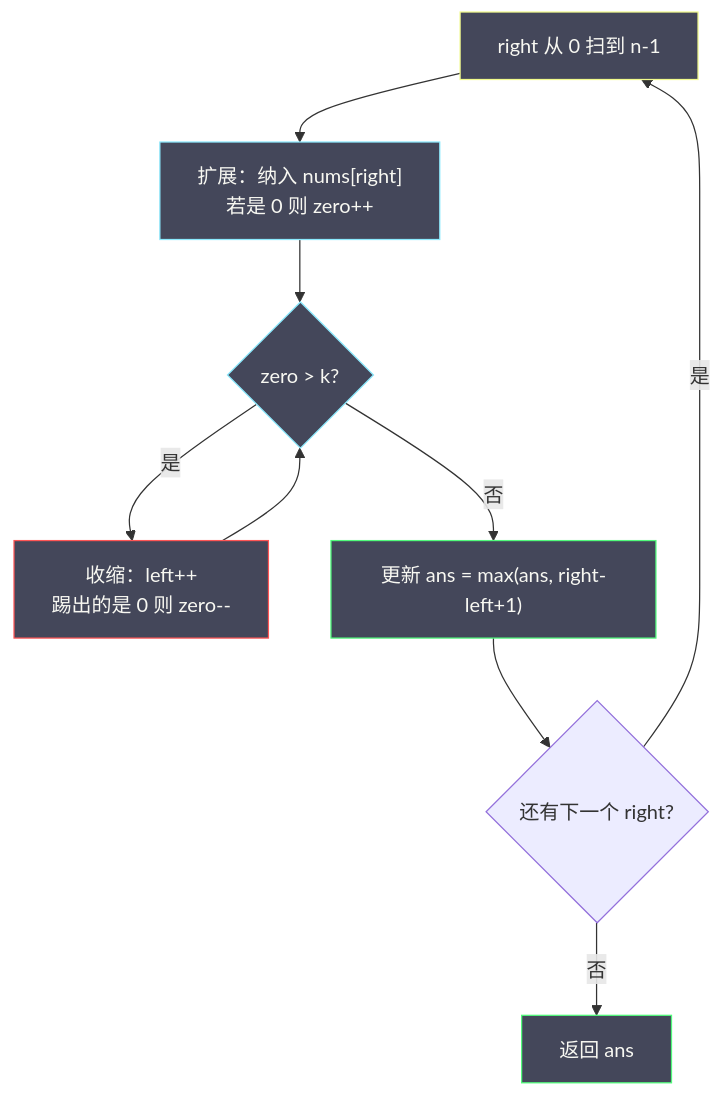
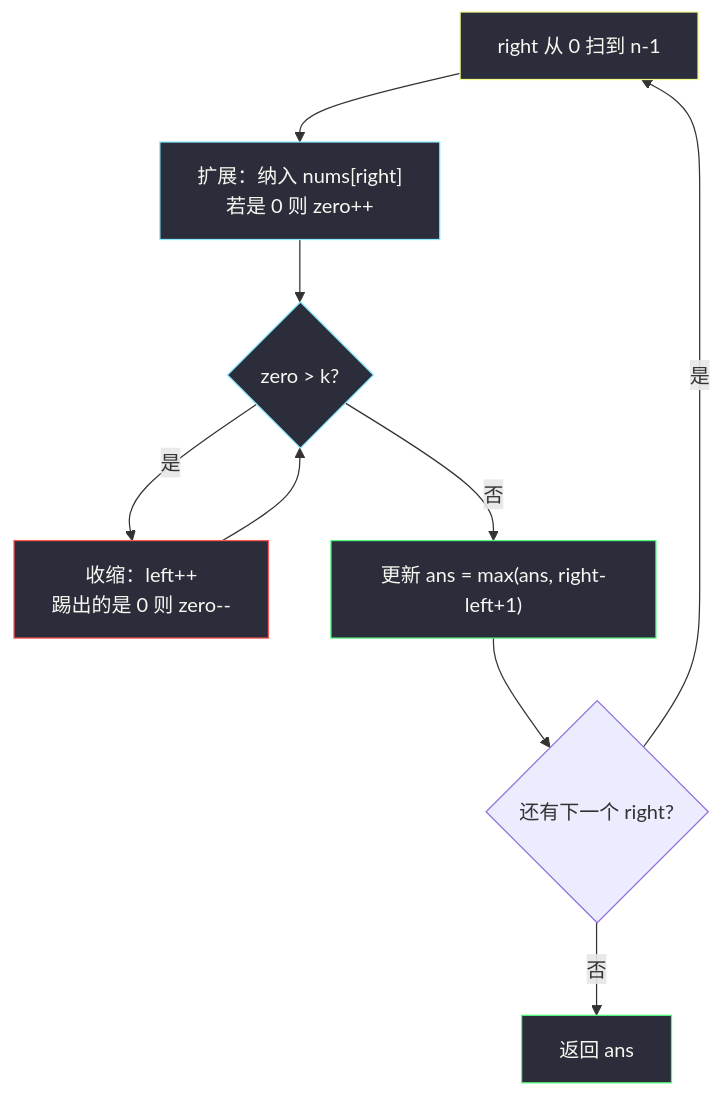
Before and after one commit to socoo123/algorithm_pratices_web: the first of 2 diagrams in solutions/base/max-consecutive-ones-iii.md, drawn with Mermaid. The commit also changed other lines of this file and 10 other files, not shown here.

First line of the commit message:
Fix Mermaid contrast on parchment theme and add #438 solution.

````diff
--- a/solutions/base/max-consecutive-ones-iii.md
+++ b/solutions/base/max-consecutive-ones-iii.md
@@ -77,18 +77,18 @@
 ```mermaid
 flowchart TD
     A["right 从 0 扫到 n-1"] --> B["扩展：纳入 nums[right]<br/>若是 0 则 zero++"]
     B --> C{"zero > k?"}
     C -->|"是"| D["收缩：left++<br/>踢出的是 0 则 zero--"]
     D --> C
     C -->|"否"| E["更新 ans = max(ans, right-left+1)"]
     E --> F{"还有下一个 right?"}
     F -->|"是"| A
     F -->|"否"| G["返回 ans"]
 
-    style A fill:#44475a,stroke:#f1fa8c,color:#f8f8f2
-    style B fill:#44475a,stroke:#8be9fd,color:#f8f8f2
-    style C fill:#44475a,stroke:#8be9fd,color:#f8f8f2
-    style D fill:#44475a,stroke:#ff5555,color:#f8f8f2
-    style E fill:#44475a,stroke:#50fa7b,color:#f8f8f2
-    style G fill:#44475a,stroke:#50fa7b,color:#f8f8f2
+    style A fill:#2b2d3a,stroke:#f1fa8c,color:#f8f8f2
+    style B fill:#2b2d3a,stroke:#8be9fd,color:#f8f8f2
+    style C fill:#2b2d3a,stroke:#8be9fd,color:#f8f8f2
+    style D fill:#2b2d3a,stroke:#ff5555,color:#f8f8f2
+    style E fill:#2b2d3a,stroke:#50fa7b,color:#f8f8f2
+    style G fill:#2b2d3a,stroke:#50fa7b,color:#f8f8f2
 ```
````
